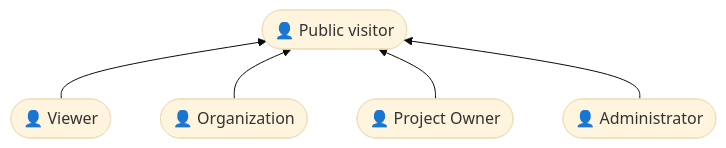
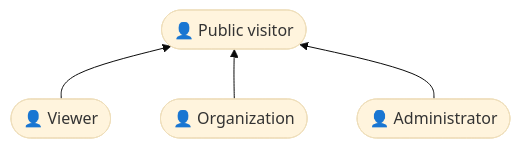
One commit to PhomMaiWai/TorFinder changed the first of 4 diagrams in docs/design/use-case.md. Above: the diagram before and after it, drawn with Mermaid (base theme). The commit also changed other lines of this file and 81 other files, not shown here.

First line of the commit message:
refactor: remove the project owner role

````diff
--- a/docs/design/use-case.md
+++ b/docs/design/use-case.md
@@ -33,7 +32,6 @@
 ```mermaid
 flowchart BT
     Viewer(["👤 Viewer"]) --> Public(["👤 Public visitor"])
     Org(["👤 Organization"]) --> Public
-    Owner(["👤 Project Owner"]) --> Public
     Admin(["👤 Administrator"]) --> Public
 ```
````
